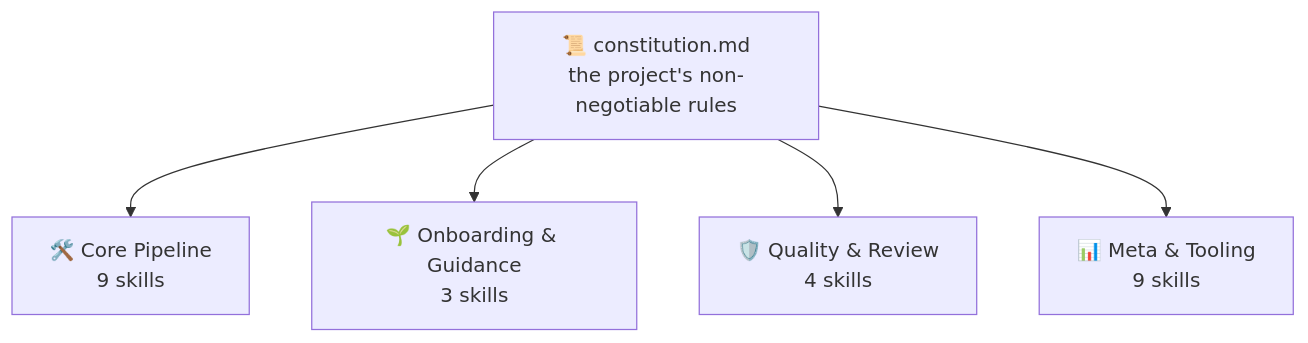
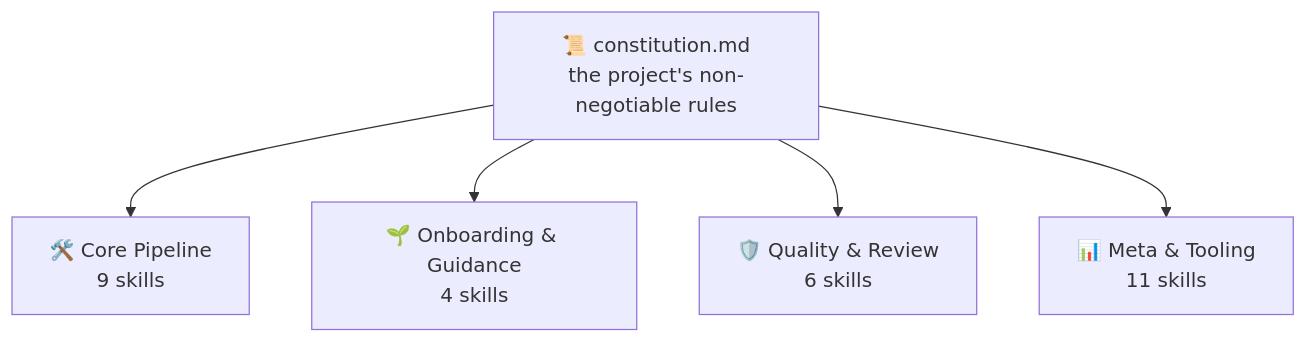
One commit to jonyfs/spec-jedi changed the first of 2 diagrams in docs/i18n/ar/README.md. Above: the diagram before and after it, drawn with Mermaid. The commit also changed other lines of this file and 19 other files, not shown here.

````diff
--- a/docs/i18n/ar/README.md
+++ b/docs/i18n/ar/README.md
@@ -54,7 +55,7 @@
 ```mermaid
 flowchart TD
     Const["📜 constitution.md<br/>the project's non-negotiable rules"] --> Core["🛠️ Core Pipeline<br/>9 skills"]
-    Const --> Onboard["🌱 Onboarding & Guidance<br/>3 skills"]
-    Const --> Quality["🛡️ Quality & Review<br/>4 skills"]
-    Const --> Meta["📊 Meta & Tooling<br/>9 skills"]
+    Const --> Onboard["🌱 Onboarding & Guidance<br/>4 skills"]
+    Const --> Quality["🛡️ Quality & Review<br/>6 skills"]
+    Const --> Meta["📊 Meta & Tooling<br/>11 skills"]
 ```
````
